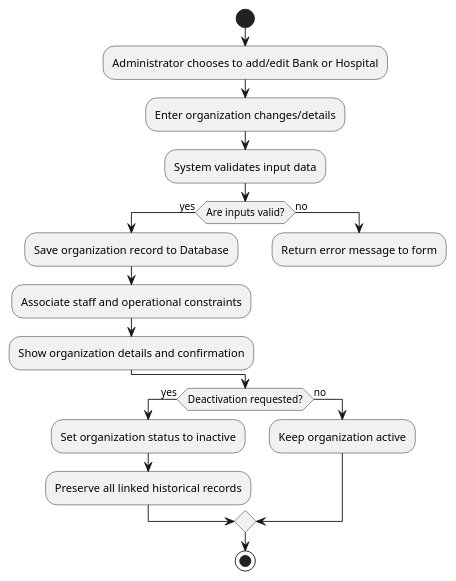
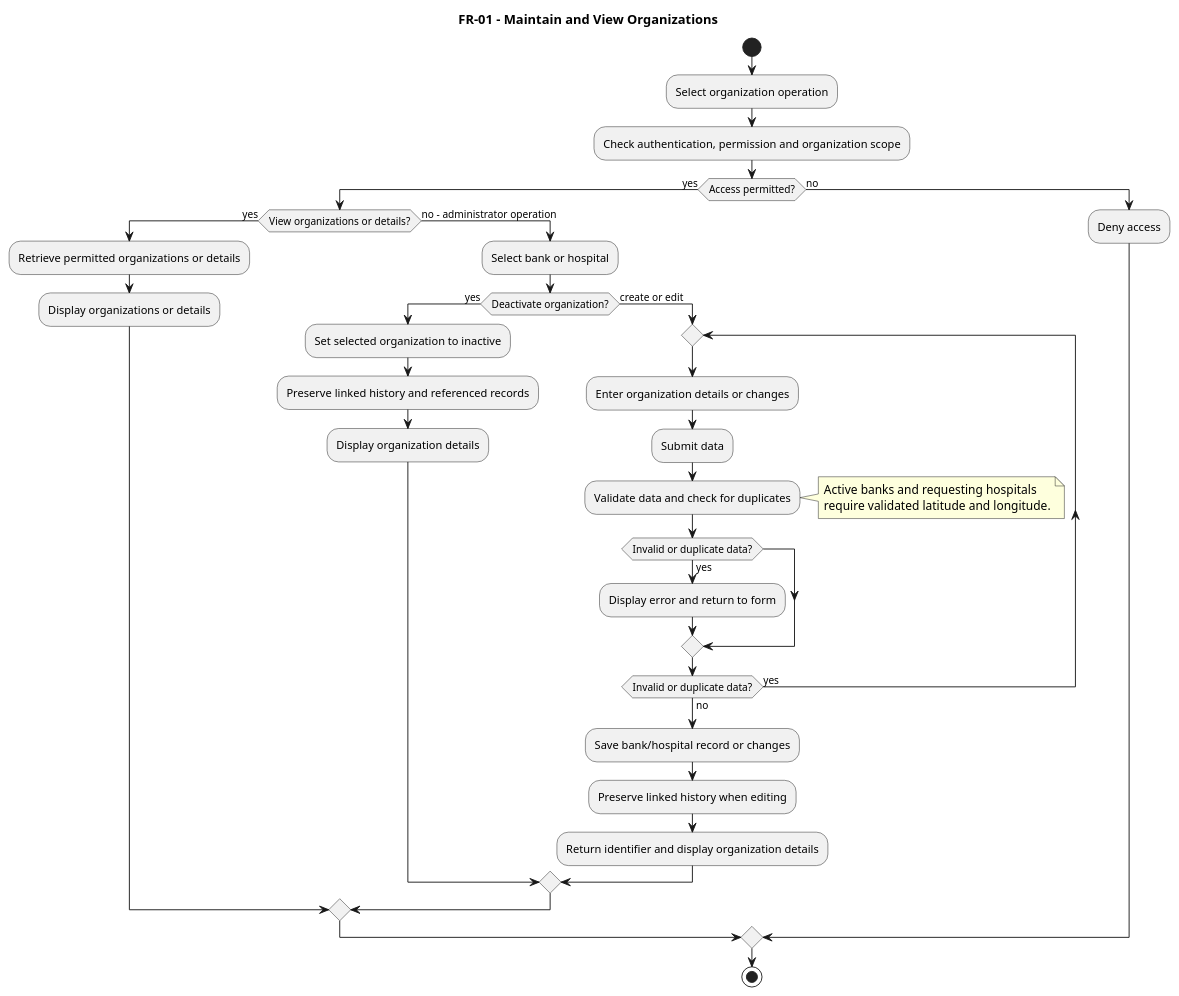
One commit to TitanDevX/BloodBankPlatformUni changed the diagram in docs/uml/Activity/AD-01-MaintainOrg.puml. Above: the diagram before and after it, drawn with PlantUML. The commit also changed 15 other files, not shown here.

Commit message:
Add UML diagrams

```diff
--- a/docs/uml/Activity/AD-01-MaintainOrg.puml
+++ b/docs/uml/Activity/AD-01-MaintainOrg.puml
@@ -1,26 +1,38 @@
-@startuml
-skinparam DefaultTextAlignment center
-
+@startuml FR01_Organizations_Activity
+title FR-01 - Maintain and View Organizations
 start
-:Administrator chooses to add/edit Bank or Hospital;
-:Enter organization changes/details;
-:System validates input data;
-
-if (Are inputs valid?) then (yes)
-    :Save organization record to Database;
-    :Associate staff and operational constraints;
-    :Show organization details and confirmation;
+:Select organization operation;
+:Check authentication, permission and organization scope;
+if (Access permitted?) then (yes)
+  if (View organizations or details?) then (yes)
+    :Retrieve permitted organizations or details;
+    :Display organizations or details;
+  else (no - administrator operation)
+    :Select bank or hospital;
+    if (Deactivate organization?) then (yes)
+      :Set selected organization to inactive;
+      :Preserve linked history and referenced records;
+      :Display organization details;
+    else (create or edit)
+      repeat
+        :Enter organization details or changes;
+        :Submit data;
+        :Validate data and check for duplicates;
+        note right
+          Active banks and requesting hospitals
+          require validated latitude and longitude.
+        end note
+        if (Invalid or duplicate data?) then (yes)
+          :Display error and return to form;
+        endif
+      repeat while (Invalid or duplicate data?) is (yes) not (no)
+      :Save bank/hospital record or changes;
+      :Preserve linked history when editing;
+      :Return identifier and display organization details;
+    endif
+  endif
 else (no)
-    :Return error message to form;
-    detach
+  :Deny access;
 endif
-
-if (Deactivation requested?) then (yes)
-    :Set organization status to inactive;
-    :Preserve all linked historical records;
-else (no)
-    :Keep organization active;
-endif
-
 stop
 @enduml
```
